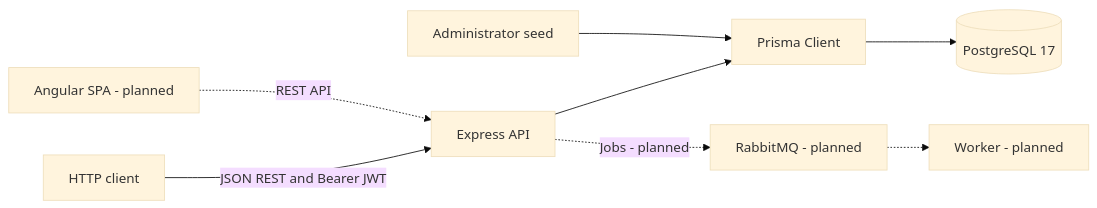
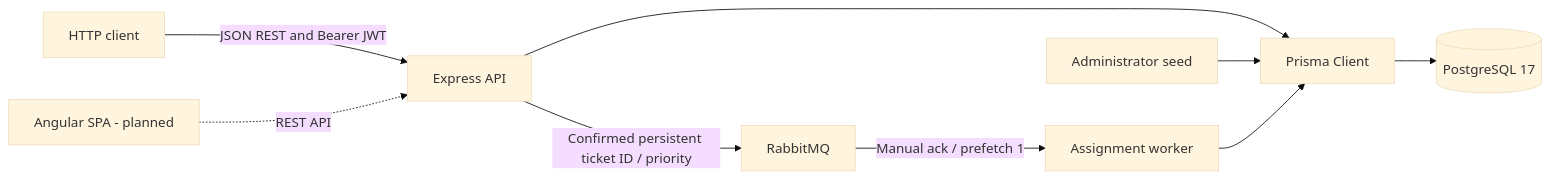
The first of 2 diagrams in docs/ARCHITECTURE.md (OzkrMonroy/support-ticket-system), drawn with Mermaid (base theme) before and after one commit. The commit also changed other lines of this file and 16 other files, not shown here.

Commit message:
feat(tickets): add asynchronous ticket assignment

````diff
--- a/docs/ARCHITECTURE.md
+++ b/docs/ARCHITECTURE.md
@@ -9,10 +9,11 @@
 ```mermaid
 flowchart LR
     Client[HTTP client] -->|JSON REST and Bearer JWT| API[Express API]
     API --> Prisma[Prisma Client]
     Prisma --> DB[(PostgreSQL 17)]
     Seed[Administrator seed] --> Prisma
     Angular[Angular SPA - planned] -.->|REST API| API
-    API -.->|Jobs - planned| MQ[RabbitMQ - planned]
-    MQ -.-> Worker[Worker - planned]
+    API -->|Confirmed persistent ticket ID / priority| MQ[RabbitMQ]
+    MQ -->|Manual ack / prefetch 1| Worker[Assignment worker]
+    Worker --> Prisma
 ```
````
